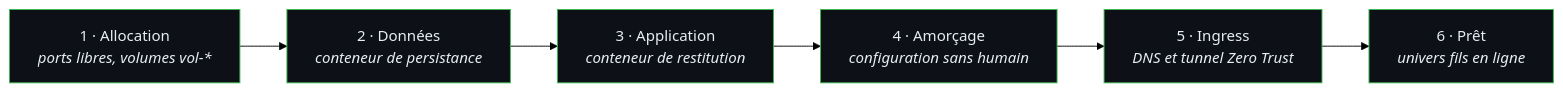
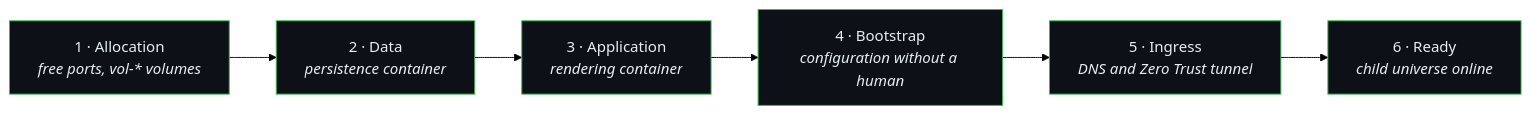
Before and after one commit to xavdp-pro/SHAPER-OS-V1.14: the third of 3 diagrams in docs/architecture/FRACTAL-ARCHITECTURE-AND-SECURITY.md, drawn with Mermaid (forest theme). The commit also changed other lines of this file, not shown here.

First line of the commit message:
docs(rule-0): the fractal architecture and security document speaks English

````diff
--- a/docs/architecture/FRACTAL-ARCHITECTURE-AND-SECURITY.md
+++ b/docs/architecture/FRACTAL-ARCHITECTURE-AND-SECURITY.md
@@ -105,14 +105,14 @@
 ```mermaid
 flowchart LR
-    A["1 · Allocation<br/><i>ports libres, volumes vol-*</i>"]
-    B["2 · Données<br/><i>conteneur de persistance</i>"]
-    C["3 · Application<br/><i>conteneur de restitution</i>"]
-    D["4 · Amorçage<br/><i>configuration sans humain</i>"]
-    E["5 · Ingress<br/><i>DNS et tunnel Zero Trust</i>"]
-    F["6 · Prêt<br/><i>univers fils en ligne</i>"]
+    A["1 · Allocation<br/><i>free ports, vol-* volumes</i>"]
+    B["2 · Data<br/><i>persistence container</i>"]
+    C["3 · Application<br/><i>rendering container</i>"]
+    D["4 · Bootstrap<br/><i>configuration without a human</i>"]
+    E["5 · Ingress<br/><i>DNS and Zero Trust tunnel</i>"]
+    F["6 · Ready<br/><i>child universe online</i>"]
 
     A --> B --> C --> D --> E --> F
 
     classDef s fill:#0d1117,stroke:#3fb950,color:#e6edf3
     class A,B,C,D,E,F s
 ```
````
